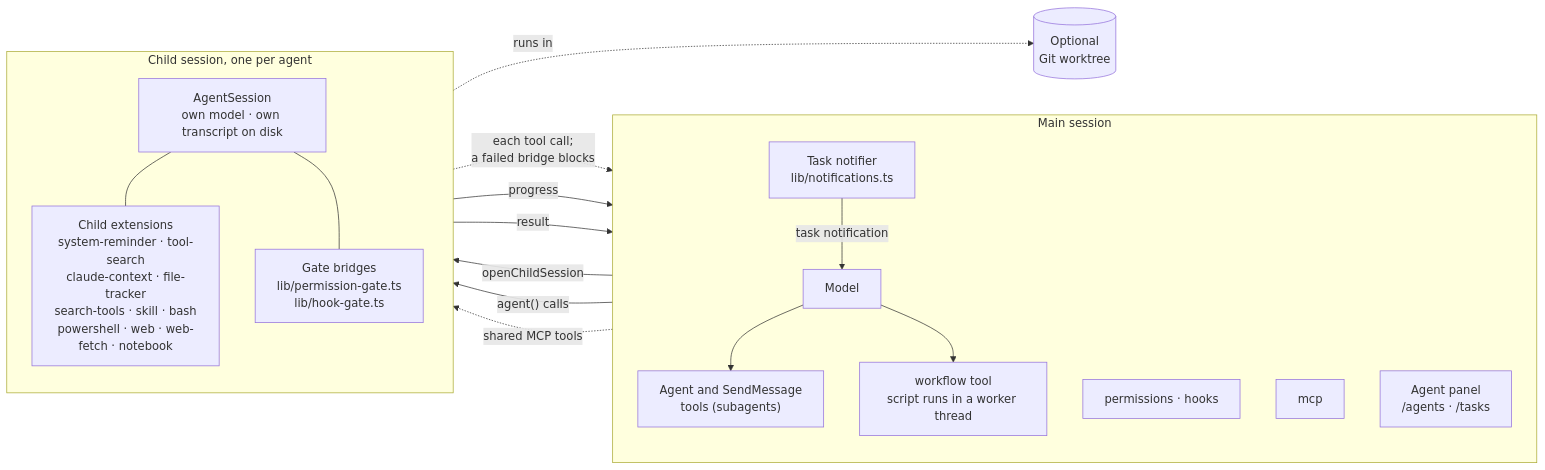
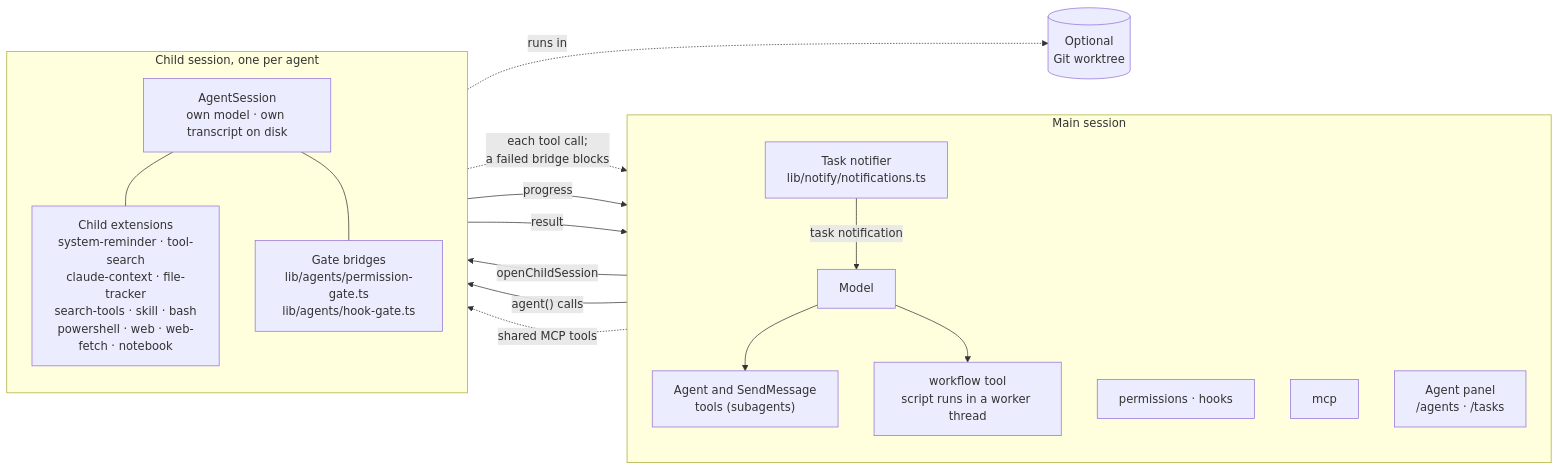
The sixth of 7 diagrams in docs/dev/architecture.md (IsuruMaduranga/one-code), drawn with Mermaid before and after one commit. The commit also changed other lines of this file and 35 other files, not shown here.

````diff
--- a/docs/dev/architecture.md
+++ b/docs/dev/architecture.md
@@ -297,35 +297,35 @@
 ```mermaid
 flowchart LR
     subgraph main["Main session"]
         direction TB
         model["Model"]
         agentTool["Agent and SendMessage<br/>tools (subagents)"]
         wfTool["workflow tool<br/>script runs in a worker thread"]
         gates["permissions · hooks"]
         mcpExt["mcp"]
         panel["Agent panel<br/>/agents · /tasks"]
-        notifier["Task notifier<br/>lib/notifications.ts"]
+        notifier["Task notifier<br/>lib/notify/notifications.ts"]
     end
 
     subgraph child["Child session, one per agent"]
         direction TB
         childLoop["AgentSession<br/>own model · own transcript on disk"]
         childExt["Child extensions<br/>system-reminder · tool-search<br/>claude-context · file-tracker<br/>search-tools · skill · bash<br/>powershell · web · web-fetch · notebook"]
-        childGate["Gate bridges<br/>lib/permission-gate.ts<br/>lib/hook-gate.ts"]
+        childGate["Gate bridges<br/>lib/agents/permission-gate.ts<br/>lib/agents/hook-gate.ts"]
     end
 
     wtree[("Optional<br/>Git worktree")]
 
     model --> agentTool
     model --> wfTool
     agentTool -->|openChildSession| childLoop
     wfTool -->|"agent() calls"| childLoop
     mcpExt -.->|"shared MCP tools"| childLoop
     childLoop --- childExt
     childLoop --- childGate
     childGate -.->|"each tool call;<br/>a failed bridge blocks"| gates
     childLoop -->|progress| panel
     childLoop -->|result| notifier
     notifier -->|"task notification"| model
     childLoop -.->|"runs in"| wtree
 ```
````
